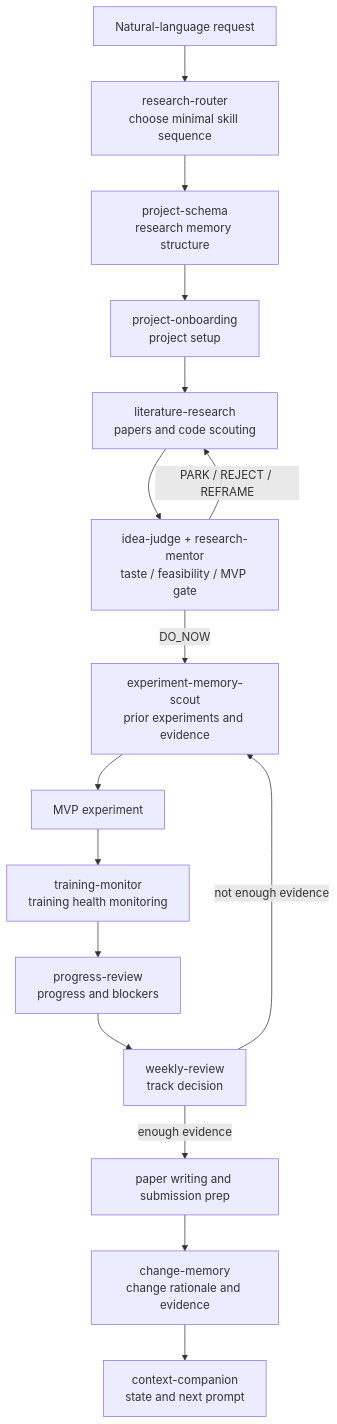
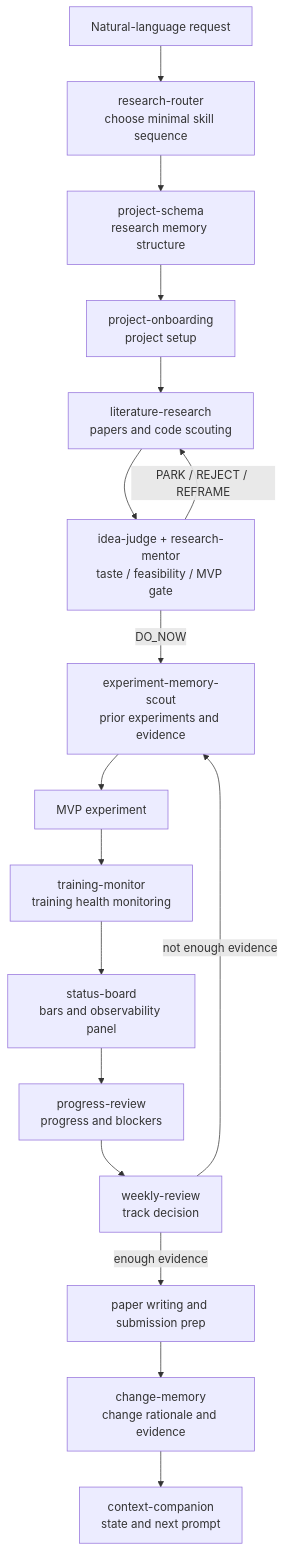
Before and after one commit to zengleilei123/ai-research-companion-codex-plugin: the first of 2 diagrams in README.en.md, drawn with Mermaid. The commit also changed other lines of this file and 9 other files, not shown here.

Commit message:
feat: add research status board

````diff
--- a/README.en.md
+++ b/README.en.md
@@ -29,18 +30,19 @@
 ```mermaid
 flowchart TD
     A["Natural-language request"] --> R["research-router<br/>choose minimal skill sequence"]
     R --> S["project-schema<br/>research memory structure"]
     S --> B["project-onboarding<br/>project setup"]
     B --> C["literature-research<br/>papers and code scouting"]
     C --> D["idea-judge + research-mentor<br/>taste / feasibility / MVP gate"]
     D -->|"DO_NOW"| E["experiment-memory-scout<br/>prior experiments and evidence"]
     D -->|"PARK / REJECT / REFRAME"| C
     E --> F["MVP experiment"]
     F --> G["training-monitor<br/>training health monitoring"]
-    G --> H["progress-review<br/>progress and blockers"]
+    G --> O["status-board<br/>bars and observability panel"]
+    O --> H["progress-review<br/>progress and blockers"]
     H --> I["weekly-review<br/>track decision"]
     I -->|"enough evidence"| J["paper writing and submission prep"]
     I -->|"not enough evidence"| E
     J --> K["change-memory<br/>change rationale and evidence"]
     K --> L["context-companion<br/>state and next prompt"]
 ```
````
